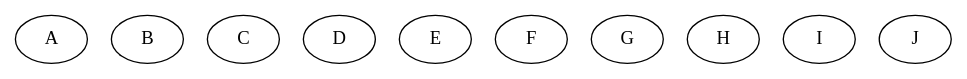
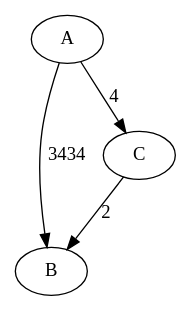
Before and after one commit to caco26i/IO-S2-2018: the diagram in test.dot, drawn with Graphviz. The commit also changed 4 other files, not shown here.

```diff
--- a/test.dot
+++ b/test.dot
@@ -1,12 +1,8 @@
 digraph G {
 "A"
+"A" -> "B" [ label="3434" ];
+"A" -> "C" [ label="4" ];
 "B"
 "C"
-"D"
-"E"
-"F"
-"G"
-"H"
-"I"
-"J"
+"C" -> "B" [ label="2" ];
 }
```
